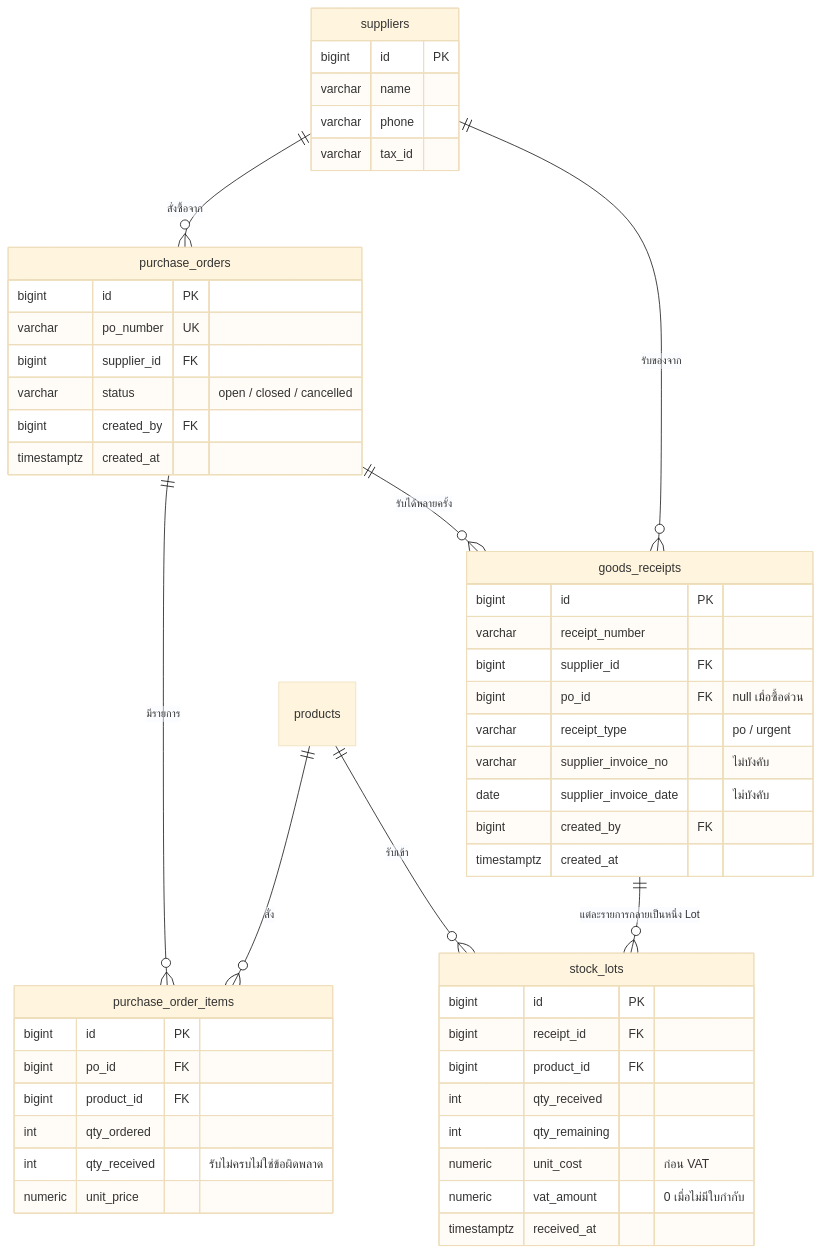
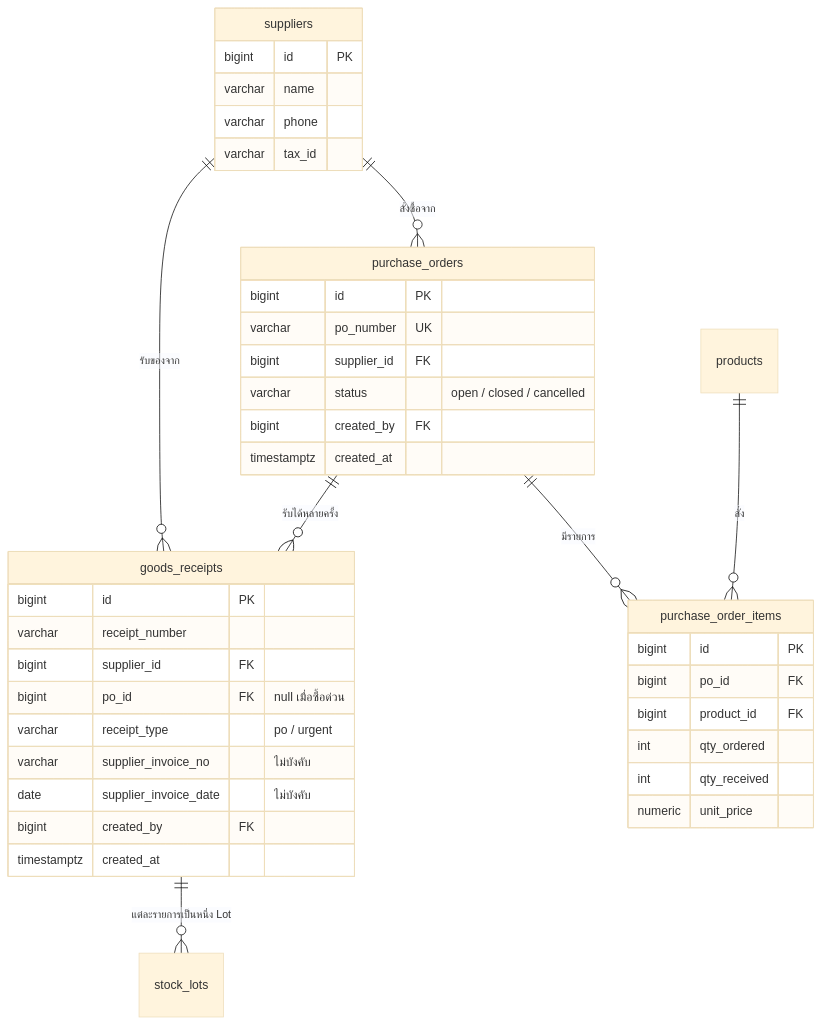
Before and after one commit to kaewjamsai0193/Garage_Final_Project: the fifth of 8 diagrams in data_model.md, drawn with Mermaid (base theme). The commit also changed other lines of this file and 2 other files, not shown here.

````diff
--- a/data_model.md
+++ b/data_model.md
@@ -175,58 +146,46 @@
 ```mermaid
 erDiagram
     suppliers ||--o{ purchase_orders : "สั่งซื้อจาก"
     suppliers ||--o{ goods_receipts : "รับของจาก"
     purchase_orders ||--o{ purchase_order_items : "มีรายการ"
     purchase_orders ||--o{ goods_receipts : "รับได้หลายครั้ง"
-    goods_receipts ||--o{ stock_lots : "แต่ละรายการกลายเป็นหนึ่ง Lot"
+    goods_receipts ||--o{ stock_lots : "แต่ละรายการเป็นหนึ่ง Lot"
     products ||--o{ purchase_order_items : "สั่ง"
-    products ||--o{ stock_lots : "รับเข้า"
 
     suppliers {
         bigint id PK
         varchar name
         varchar phone
         varchar tax_id
     }
 
     purchase_orders {
         bigint id PK
         varchar po_number UK
         bigint supplier_id FK
         varchar status "open / closed / cancelled"
         bigint created_by FK
         timestamptz created_at
     }
 
     purchase_order_items {
         bigint id PK
         bigint po_id FK
         bigint product_id FK
         int qty_ordered
-        int qty_received "รับไม่ครบไม่ใช่ข้อผิดพลาด"
+        int qty_received
         numeric unit_price
     }
 
     goods_receipts {
         bigint id PK
         varchar receipt_number
         bigint supplier_id FK
         bigint po_id FK "null เมื่อซื้อด่วน"
         varchar receipt_type "po / urgent"
         varchar supplier_invoice_no "ไม่บังคับ"
         date supplier_invoice_date "ไม่บังคับ"
         bigint created_by FK
         timestamptz created_at
     }
-
-    stock_lots {
-        bigint id PK
-        bigint receipt_id FK
-        bigint product_id FK
-        int qty_received
-        int qty_remaining
-        numeric unit_cost "ก่อน VAT"
-        numeric vat_amount "0 เมื่อไม่มีใบกำกับ"
-        timestamptz received_at
-    }
 ```
````
